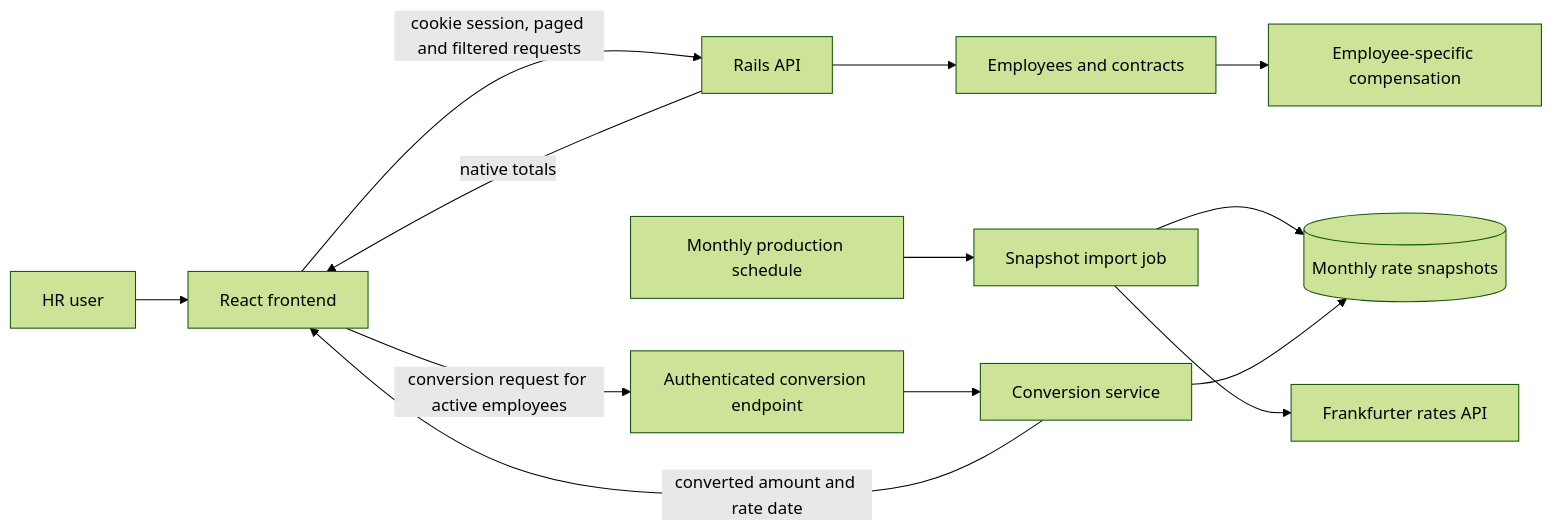
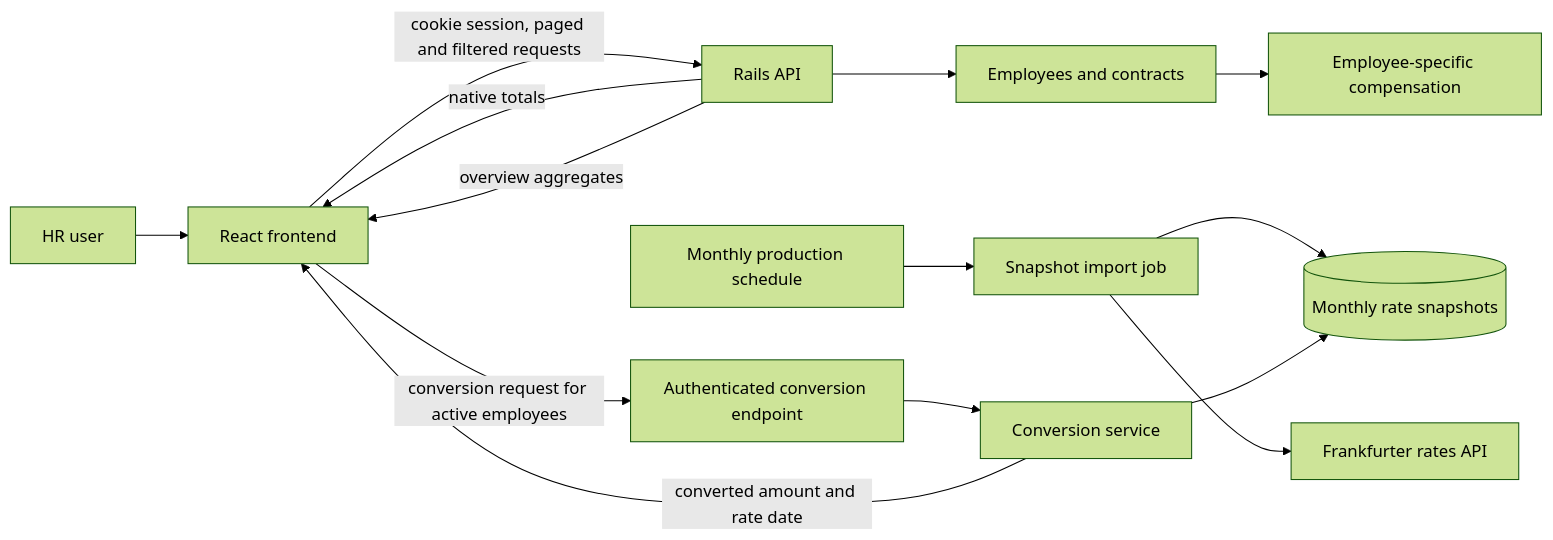
The first of 4 diagrams in docs/WORKFLOW-AND-OVERVIEW.md (senbinil/salary-manager), drawn with Mermaid (forest theme) before and after one commit. The commit also changed other lines of this file and 6 other files, not shown here.

````diff
--- a/docs/WORKFLOW-AND-OVERVIEW.md
+++ b/docs/WORKFLOW-AND-OVERVIEW.md
@@ -9,15 +9,16 @@
 ```mermaid
 flowchart LR
     User[HR user] --> UI[React frontend]
     UI -->|cookie session, paged and filtered requests| API[Rails API]
     API --> EmployeeData[Employees and contracts]
     EmployeeData --> Comp[Employee-specific compensation]
     API -->|native totals| UI
+    API -->|overview aggregates| UI
     Scheduler[Monthly production schedule] --> Importer[Snapshot import job]
     Importer --> Provider[Frankfurter rates API]
     Importer --> Snapshots[(Monthly rate snapshots)]
     UI -->|conversion request for active employees| ConvertAPI[Authenticated conversion endpoint]
     ConvertAPI --> ConvertService[Conversion service]
     ConvertService --> Snapshots
     ConvertService -->|converted amount and rate date| UI
 ```
````
